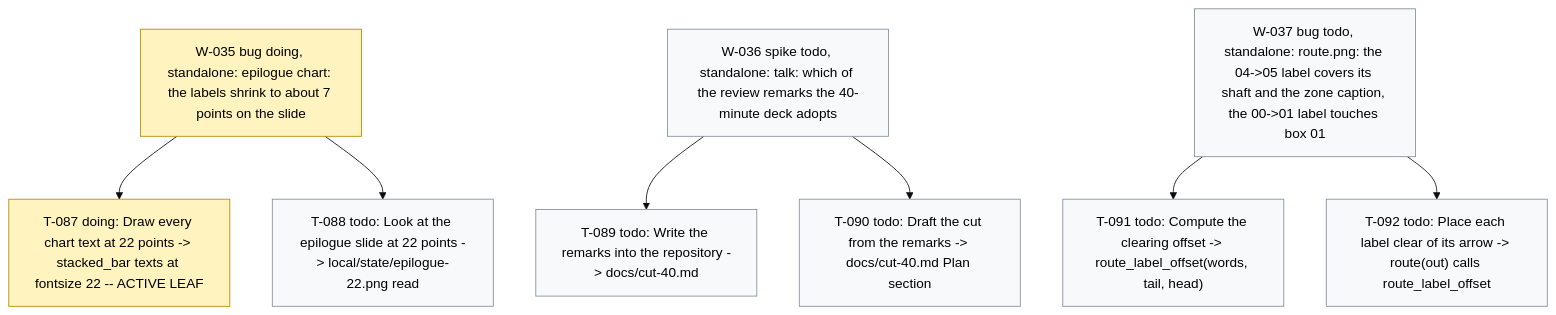
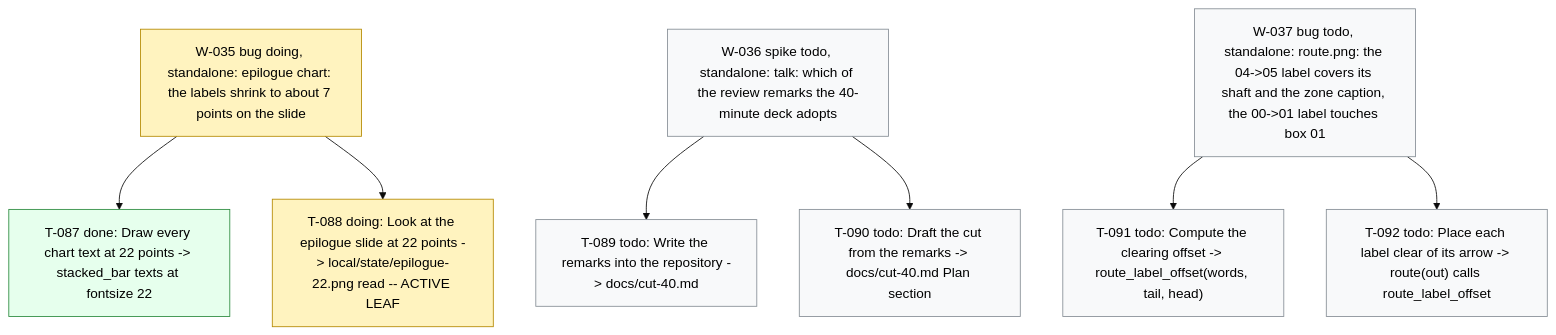
One commit to dpopchev/chaos-to-simple changed the diagram in .board/BOARD.md. Above: the diagram before and after it, drawn with Mermaid (base theme). The commit also changed other lines of this file and 2 other files, not shown here.

Commit message:
chore(board): close T-087, start T-088
Refs: W-035 T-087 T-088

````diff
--- a/.board/BOARD.md
+++ b/.board/BOARD.md
@@ -236,19 +236,20 @@
 ```mermaid
 flowchart TD
   W035["W-035 bug doing, standalone: epilogue chart: the labels shrink to about 7 points on the slide"]
-  W035 --> T087["T-087 doing: Draw every chart text at 22 points -> stacked_bar texts at fontsize 22 -- ACTIVE LEAF"]
-  W035 --> T088["T-088 todo: Look at the epilogue slide at 22 points -> local/state/epilogue-22.png read"]
+  W035 --> T087["T-087 done: Draw every chart text at 22 points -> stacked_bar texts at fontsize 22"]
+  W035 --> T088["T-088 doing: Look at the epilogue slide at 22 points -> local/state/epilogue-22.png read -- ACTIVE LEAF"]
   W036["W-036 spike todo, standalone: talk: which of the review remarks the 40-minute deck adopts"]
   W036 --> T089["T-089 todo: Write the remarks into the repository -> docs/cut-40.md"]
   W036 --> T090["T-090 todo: Draft the cut from the remarks -> docs/cut-40.md Plan section"]
   W037["W-037 bug todo, standalone: route.png: the 04->05 label covers its shaft and the zone caption, the 00->01 label touches box 01"]
   W037 --> T091["T-091 todo: Compute the clearing offset -> route_label_offset(words, tail, head)"]
   W037 --> T092["T-092 todo: Place each label clear of its arrow -> route(out) calls route_label_offset"]
   classDef doing fill:#fff3bf,stroke:#b58900,color:#000;
   classDef blocked fill:#ffe3e3,stroke:#c92a2a,color:#000;
   classDef done fill:#e6ffed,stroke:#2b8a3e,color:#000;
   classDef todo fill:#f8f9fa,stroke:#868e96,color:#000;
   classDef pruned fill:#f1f3f5,stroke:#adb5bd,color:#000;
-  class W035,T087 doing
-  class T088,W036,T089,T090,W037,T091,T092 todo
+  class W035,T088 doing
+  class T087 done
+  class W036,T089,T090,W037,T091,T092 todo
 ```
````
